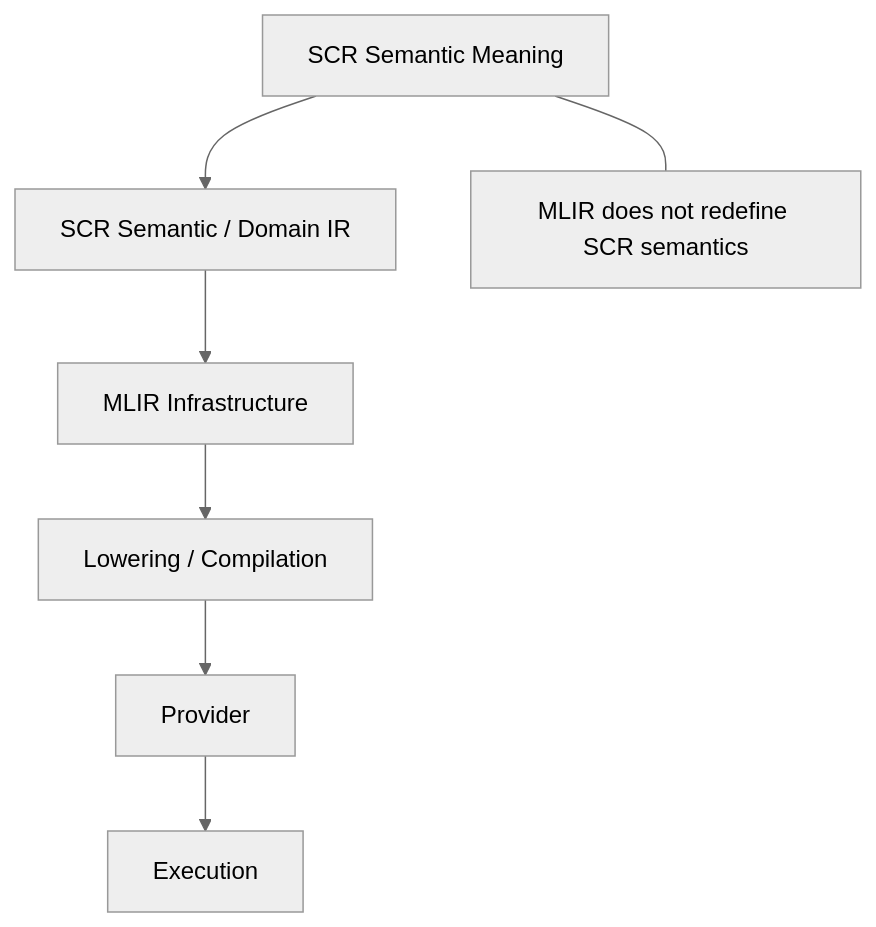
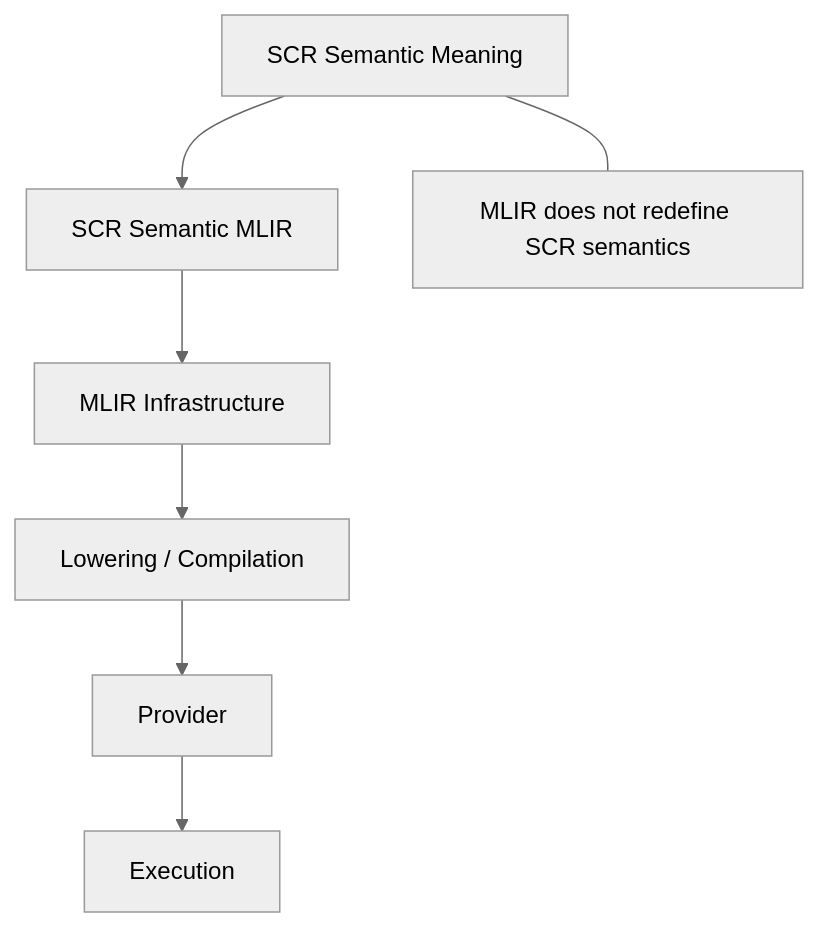
Before and after one commit to zharia/Semantic-Computational-Runtime: the eighth of 21 diagrams in 002_GETTING_STARTED.md, drawn with Mermaid (neutral theme). The commit also changed other lines of this file and 47 other files, not shown here.

First line of the commit message:
feat: MLIR-first architectural alignment pass

````diff
--- a/002_GETTING_STARTED.md
+++ b/002_GETTING_STARTED.md
@@ -737,18 +737,18 @@
 ```mermaid
 flowchart TB
     S["SCR Semantic Meaning"]
-    I["SCR Semantic / Domain IR"]
+    I["SCR Semantic MLIR"]
     M["MLIR Infrastructure"]
     L["Lowering / Compilation"]
     P["Provider"]
     E["Execution"]
 
     S --> I
     I --> M
     M --> L
     L --> P
     P --> E
 
     X["MLIR does not redefine SCR semantics"]
     S --- X
 ```
````
